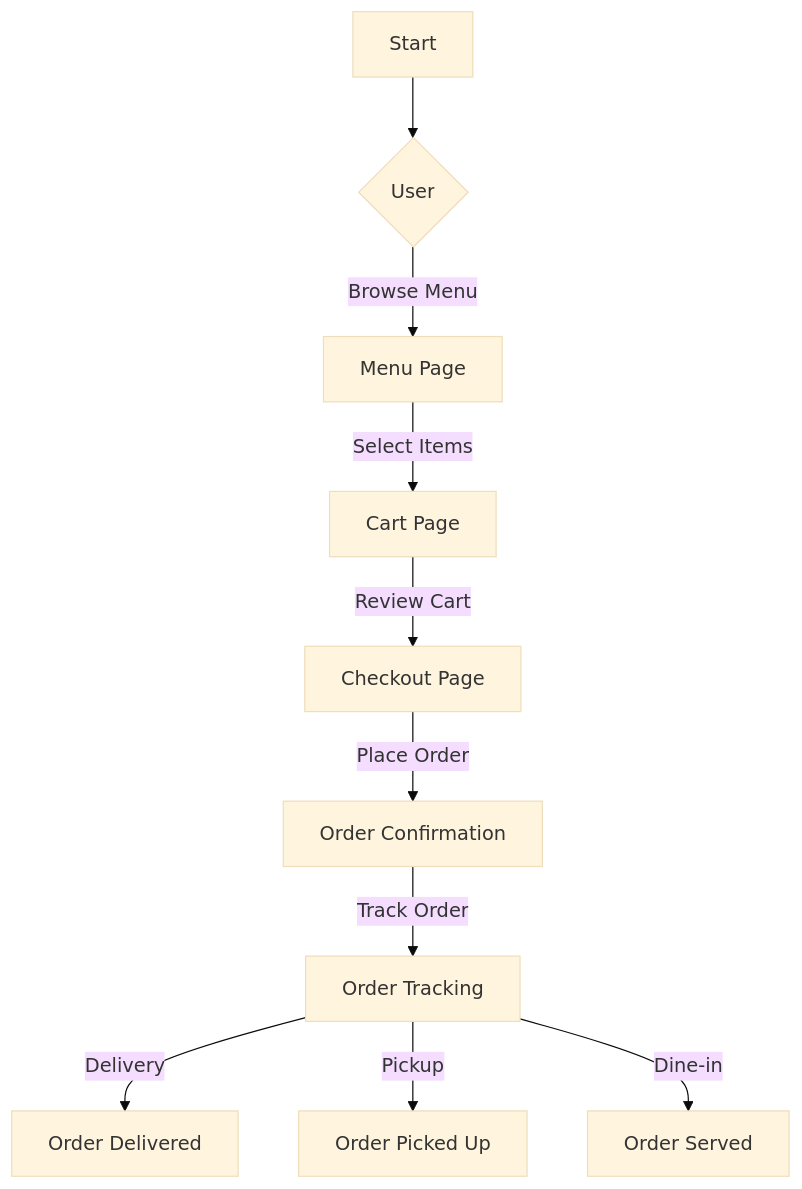
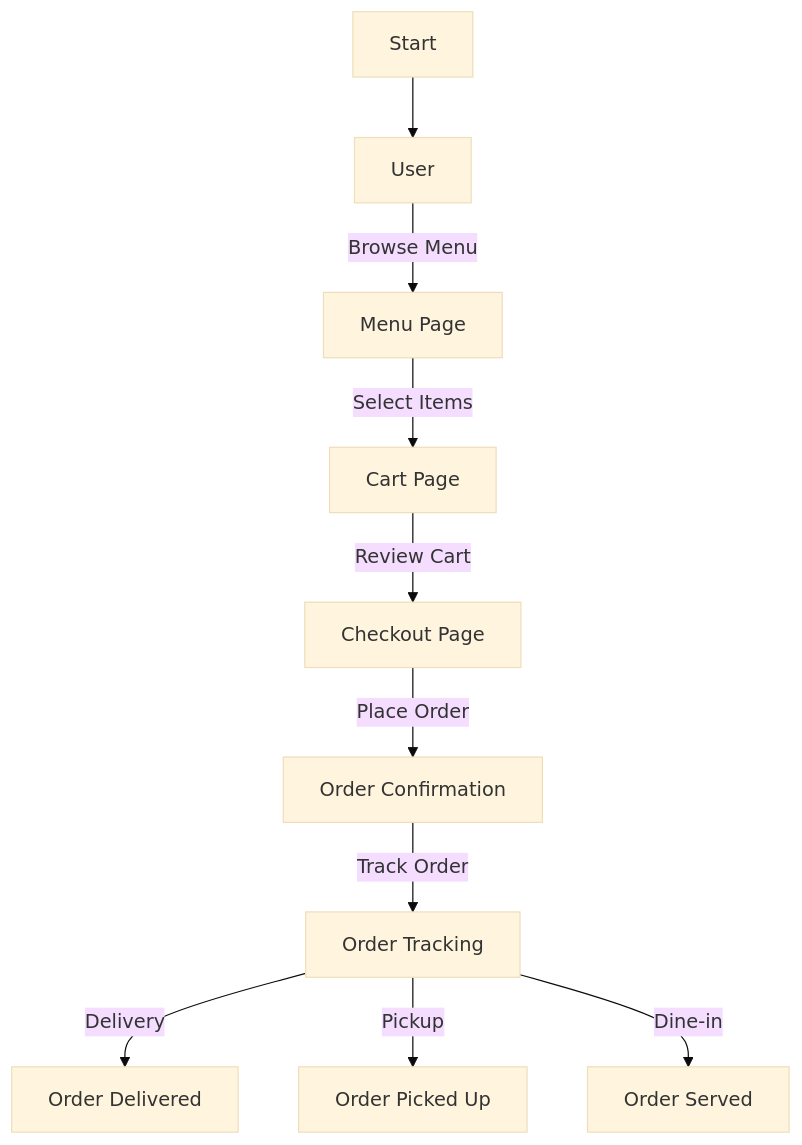
One commit to Harsh98992/digitalMenu changed the fifth of 9 diagrams in handbook/handbook.md. Above: the diagram before and after it, drawn with Mermaid (base theme). The commit also changed other lines of this file and 1 other file, not shown here.

Commit message:
refactor handbook diagrams for improved clarity and structure

````diff
--- a/handbook/handbook.md
+++ b/handbook/handbook.md
@@ -287,12 +286,12 @@
 ```mermaid
 graph TD
-    A[Start] --> B{User}
+    A[Start] --> B[User]
     B -->|Browse Menu| C[Menu Page]
     C -->|Select Items| D[Cart Page]
     D -->|Review Cart| E[Checkout Page]
     E -->|Place Order| F[Order Confirmation]
     F -->|Track Order| G[Order Tracking]
     G -->|Delivery| H[Order Delivered]
     G -->|Pickup| I[Order Picked Up]
     G -->|Dine-in| J[Order Served]
 ```
````
